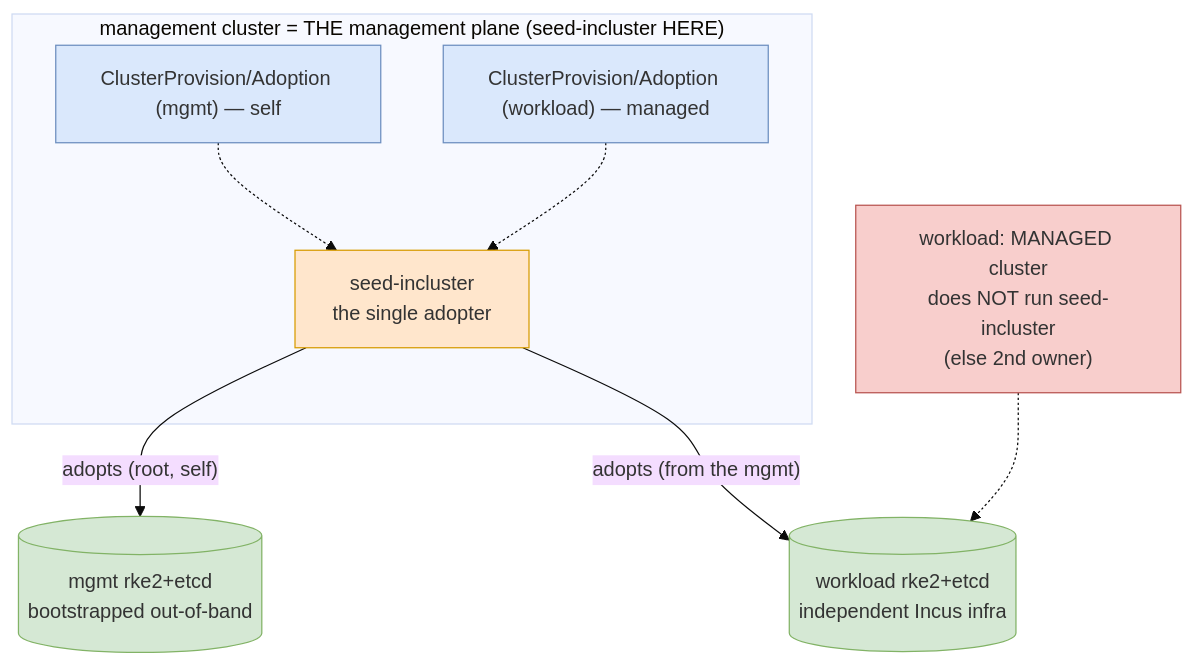
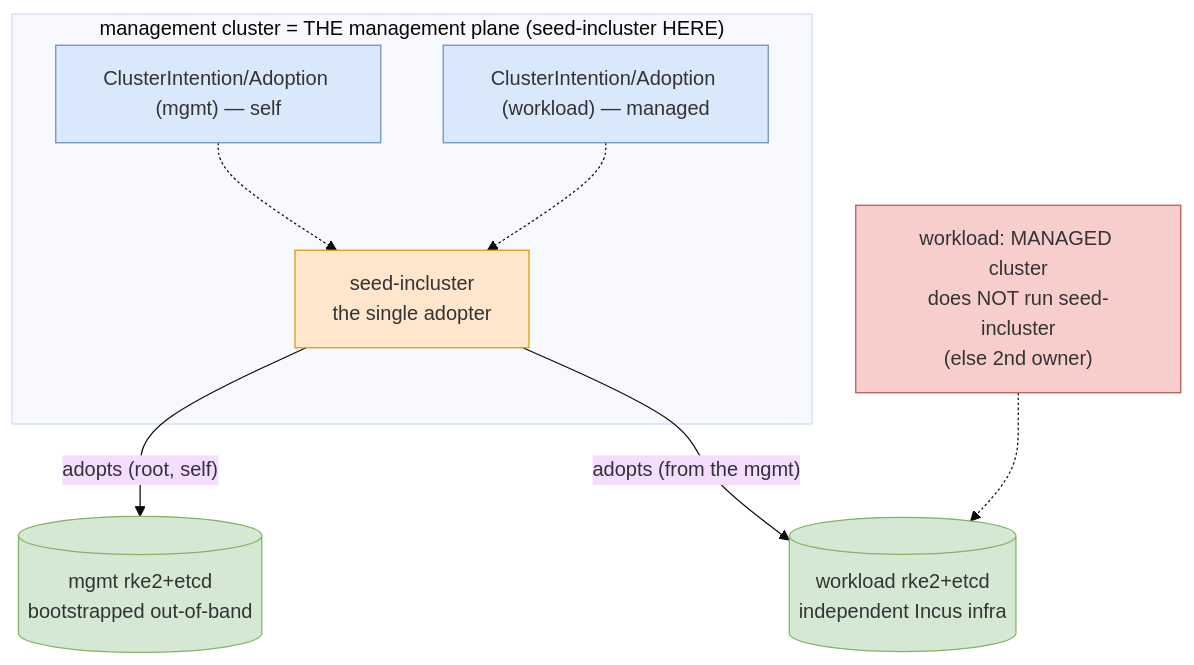
Before and after one commit to seedmatic/rke2lab: the third of 8 diagrams in docs/architecture/cluster-api/cluster-seeding-controller.adoc, drawn with Mermaid (base theme). The commit also changed other lines of this file and 2 other files, not shown here.

First line of the commit message:
docs(cluster-api): reconcile the seeding docs with the shipped 2×2

```diff
--- a/docs/architecture/cluster-api/cluster-seeding-controller.adoc
+++ b/docs/architecture/cluster-api/cluster-seeding-controller.adoc
@@ -294,19 +521,19 @@
 [mermaid,cluster-seeding-topology,svg]
 ----
 graph TB
   subgraph mgmt["management cluster = THE management plane (seed-incluster HERE)"]
     si["seed-incluster<br/>the single adopter"]:::mut
-    cpMgmt["ClusterProvision/Adoption (mgmt) — self"]:::code
-    cpWl["ClusterProvision/Adoption (workload) — managed"]:::code
+    cpMgmt["ClusterIntention/Adoption (mgmt) — self"]:::code
+    cpWl["ClusterIntention/Adoption (workload) — managed"]:::code
   end
   si -->|"adopts (root, self)"| mgmtNodes[("mgmt rke2+etcd<br/>bootstrapped out-of-band")]:::store
   si -->|"adopts (from the mgmt)"| wlNodes[("workload rke2+etcd<br/>independent Incus infra")]:::store
   cpMgmt -.-> si
   cpWl -.-> si
   note["workload: MANAGED cluster<br/>does NOT run seed-incluster<br/>(else 2nd owner)"]:::bad -.-> wlNodes
 
   classDef code fill:#dae8fc,stroke:#6c8ebf
   classDef store fill:#d5e8d4,stroke:#82b366
   classDef mut fill:#ffe6cc,stroke:#d79b00
   classDef bad fill:#f8cecc,stroke:#b85450
 ----
```
